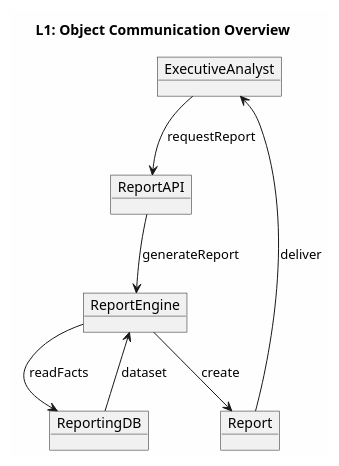
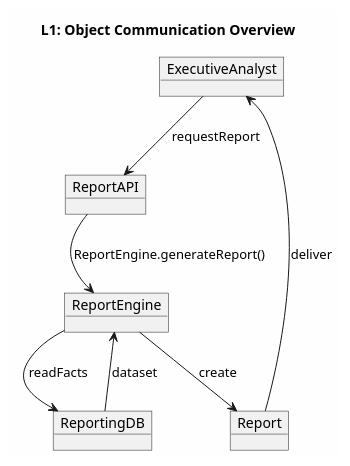
Before and after one commit to Shakour-Data/BedaanWaves: the fourth of 6 diagrams in docs/02_architecture/ARCH_integrated-hr-finance-procurement-uml-sequence-communication_v1.md, drawn with PlantUML. The commit also changed other lines of this file and 18 other files, not shown here.

Commit message:
Update middleware, API routes, gateway, tracing, rate limiter, main, and architecture diagrams

````diff
--- a/docs/02_architecture/ARCH_integrated-hr-finance-procurement-uml-sequence-communication_v1.md
+++ b/docs/02_architecture/ARCH_integrated-hr-finance-procurement-uml-sequence-communication_v1.md
@@ -149,21 +149,21 @@
 ```plantuml
 @startuml ARCH-L1-Communication
 skinparam backgroundColor #FEFEFE
 
 title L1: Object Communication Overview
 
 object "ExecutiveAnalyst" as EXEC
 object "ReportAPI" as API
 object "ReportEngine" as ENGINE
 object "ReportingDB" as DB
 object "Report" as REPORT
 
 EXEC --> API : requestReport
-API --> ENGINE : generateReport
+API --> ENGINE : ReportEngine.generateReport()
 ENGINE --> DB : readFacts
 DB --> ENGINE : dataset
 ENGINE --> REPORT : create
 REPORT --> EXEC : deliver
 
 @enduml
 ```
````
